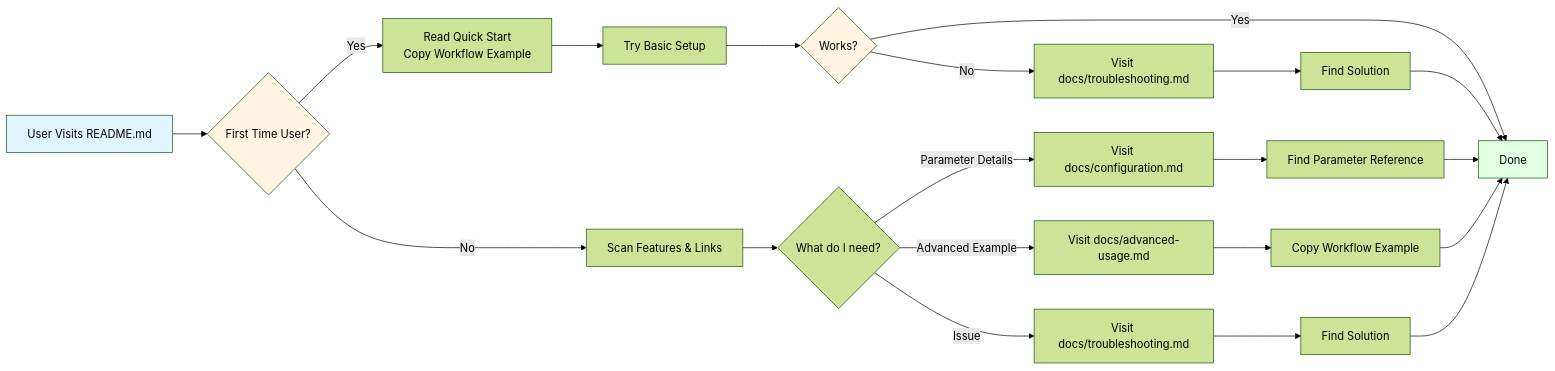
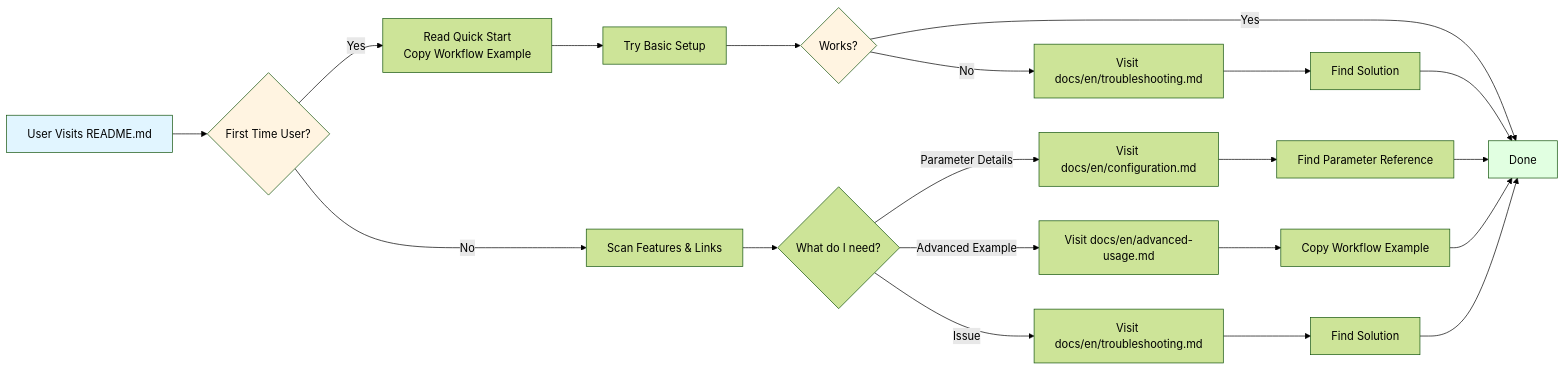
Before and after one commit to jey3dayo/pr-insights-labeler: the third of 4 diagrams in .kiro/specs/readme-simplification/design.md, drawn with Mermaid (forest theme). The commit also changed other lines of this file and 39 other files, not shown here.

````diff
--- a/.kiro/specs/readme-simplification/design.md
+++ b/.kiro/specs/readme-simplification/design.md
@@ -248,34 +248,34 @@
 ```mermaid
 flowchart LR
     User[User Visits README.md]
 
     User --> FirstTime{First Time User?}
     FirstTime -->|Yes| QuickStart[Read Quick Start<br/>Copy Workflow Example]
     FirstTime -->|No| Returning[Scan Features & Links]
 
     QuickStart --> Try[Try Basic Setup]
     Try --> Success{Works?}
 
     Success -->|Yes| Done[Done]
-    Success -->|No| Trouble[Visit docs/troubleshooting.md]
+    Success -->|No| Trouble[Visit docs/en/troubleshooting.md]
     Trouble --> Solve[Find Solution]
     Solve --> Done
 
     Returning --> Need{What do I need?}
-    Need -->|Parameter Details| Config[Visit docs/configuration.md]
-    Need -->|Advanced Example| Advanced[Visit docs/advanced-usage.md]
-    Need -->|Issue| Trouble2[Visit docs/troubleshooting.md]
+    Need -->|Parameter Details| Config[Visit docs/en/configuration.md]
+    Need -->|Advanced Example| Advanced[Visit docs/en/advanced-usage.md]
+    Need -->|Issue| Trouble2[Visit docs/en/troubleshooting.md]
 
     Config --> Reference[Find Parameter Reference]
     Advanced --> Copy[Copy Workflow Example]
     Trouble2 --> Solve2[Find Solution]
 
     Reference --> Done
     Copy --> Done
     Solve2 --> Done
 
     style User fill:#e1f5ff
     style Done fill:#e1ffe1
     style FirstTime fill:#fff4e1
     style Success fill:#fff4e1
 ```
````
